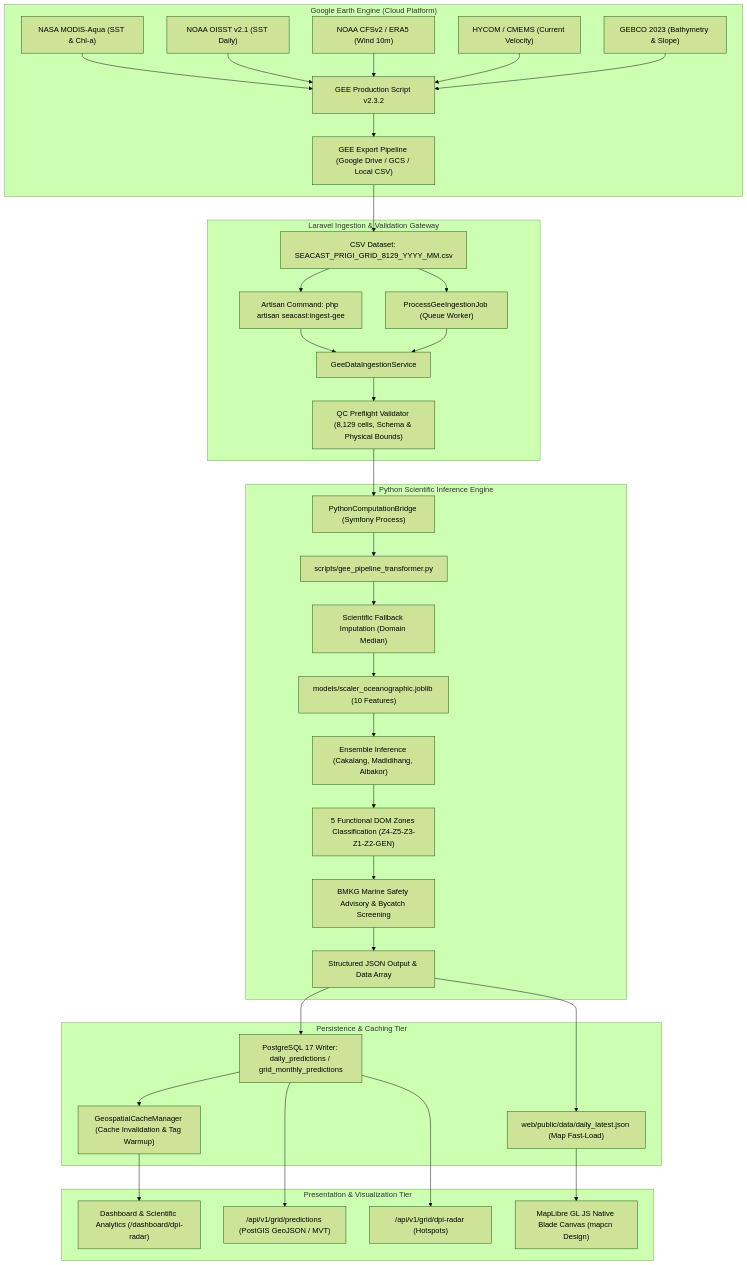
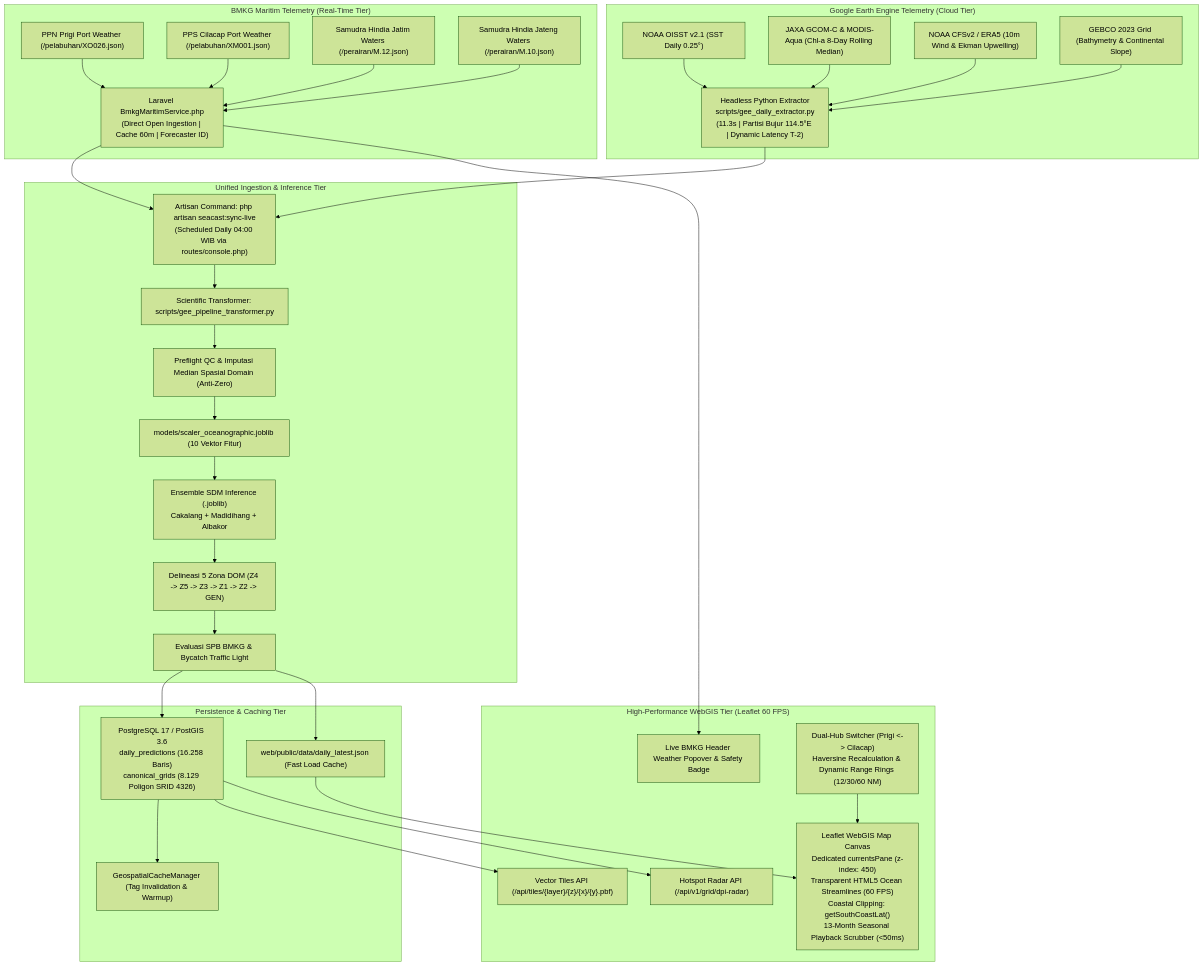
The diagram in docs/project/SEACAST_GEE_WEB_INTEGRATION_ARCHITECTURE.md (ZyrexR/seacast-wpp573), drawn with Mermaid (forest theme) before and after one commit. The commit also changed other lines of this file and 807 other files, not shown here.

````diff
--- a/docs/project/SEACAST_GEE_WEB_INTEGRATION_ARCHITECTURE.md
+++ b/docs/project/SEACAST_GEE_WEB_INTEGRATION_ARCHITECTURE.md
@@ -15,44 +18,45 @@
 ```mermaid
 flowchart TD
-    subgraph GEE ["Google Earth Engine (Cloud Platform)"]
-        A1["NASA MODIS-Aqua (SST & Chl-a)"] --> GEE_P["GEE Production Script v2.3.2"]
-        A2["NOAA OISST v2.1 (SST Daily)"] --> GEE_P
-        A3["NOAA CFSv2 / ERA5 (Wind 10m)"] --> GEE_P
-        A4["HYCOM / CMEMS (Current Velocity)"] --> GEE_P
-        A5["GEBCO 2023 (Bathymetry & Slope)"] --> GEE_P
-        GEE_P --> GEE_EXP["GEE Export Pipeline (Google Drive / GCS / Local CSV)"]
+    subgraph SATELLITE ["Google Earth Engine Telemetry (Cloud Tier)"]
+        S1["NOAA OISST v2.1 (SST Daily 0.25°)"]
+        S2["JAXA GCOM-C & MODIS-Aqua (Chl-a 8-Day Rolling Median)"]
+        S3["NOAA CFSv2 / ERA5 (10m Wind & Ekman Upwelling)"]
+        S4["GEBCO 2023 Grid (Bathymetry & Continental Slope)"]
+        
+        S1 & S2 & S3 & S4 --> EXTRACTOR["Headless Python Extractor<br/>scripts/gee_daily_extractor.py<br/>(11.3s | Partisi Bujur 114.5°E | Dynamic Latency T-2)"]
     end
 
-    subgraph INGEST ["Laravel Ingestion & Validation Gateway"]
-        GEE_EXP --> CSV_IN["CSV Dataset: SEACAST_PRIGI_GRID_8129_YYYY_MM.csv"]
-        CSV_IN --> ART_CMD["Artisan Command: php artisan seacast:ingest-gee"]
-        CSV_IN --> JOB_Q["ProcessGeeIngestionJob (Queue Worker)"]
-        ART_CMD --> SVC["GeeDataIngestionService"]
-        JOB_Q --> SVC
-        SVC --> VAL["QC Preflight Validator (8,129 cells, Schema & Physical Bounds)"]
+    subgraph METEOROLOGY ["BMKG Maritim Telemetry (Real-Time Tier)"]
+        B1["PPN Prigi Port Weather (/pelabuhan/XO026.json)"]
+        B2["PPS Cilacap Port Weather (/pelabuhan/XM001.json)"]
+        B3["Samudra Hindia Jatim Waters (/perairan/M.12.json)"]
+        B4["Samudra Hindia Jateng Waters (/perairan/M.10.json)"]
+        
+        B1 & B2 & B3 & B4 --> BMKG_SVC["Laravel BmkgMaritimService.php<br/>(Direct Open Ingestion | Cache 60m | Forecaster ID)"]
     end
 
-    subgraph PYTHON ["Python Scientific Inference Engine"]
-        VAL --> PY_BRIDGE["PythonComputationBridge (Symfony Process)"]
-        PY_BRIDGE --> PY_TRANS["scripts/gee_pipeline_transformer.py"]
-        PY_TRANS --> IMP["Scientific Fallback Imputation (Domain Median)"]
-        IMP --> SCL["models/scaler_oceanographic.joblib (10 Features)"]
-        SCL --> ENS["Ensemble Inference (Cakalang, Madidihang, Albakor)"]
-        ENS --> DOM["5 Functional DOM Zones Classification (Z4-Z5-Z3-Z1-Z2-GEN)"]
-        DOM --> SAF["BMKG Marine Safety Advisory & Bycatch Screening"]
-        SAF --> PY_OUT["Structured JSON Output & Data Array"]
+    subgraph ORCHESTRATION ["Unified Ingestion & Inference Tier"]
+        EXTRACTOR --> SYNC_CLI["Artisan Command: php artisan seacast:sync-live<br/>(Scheduled Daily 04:00 WIB via routes/console.php)"]
+        BMKG_SVC --> SYNC_CLI
+        SYNC_CLI --> TRANS["Scientific Transformer: scripts/gee_pipeline_transformer.py"]
+        TRANS --> QC["Preflight QC & Imputasi Median Spasial Domain (Anti-Zero)"]
+        QC --> SCL["models/scaler_oceanographic.joblib (10 Vektor Fitur)"]
+        SCL --> ENS["Ensemble SDM Inference (.joblib)<br/>Cakalang + Madidihang + Albakor"]
+        ENS --> DOM["Delineasi 5 Zona DOM (Z4 -> Z5 -> Z3 -> Z1 -> Z2 -> GEN)"]
+        DOM --> SAF["Evaluasi SPB BMKG & Bycatch Traffic Light"]
     end
 
     subgraph STORAGE ["Persistence & Caching Tier"]
-        PY_OUT --> PG_WRITE["PostgreSQL 17 Writer: daily_predictions / grid_monthly_predictions"]
-        PY_OUT --> JSON_CACHE["web/public/data/daily_latest.json (Map Fast-Load)"]
-        PG_WRITE --> CACHE_MGR["GeospatialCacheManager (Cache Invalidation & Tag Warmup)"]
+        SAF --> PG_WRITE["PostgreSQL 17 / PostGIS 3.6<br/>daily_predictions (16.258 Baris)<br/>canonical_grids (8.129 Poligon SRID 4326)"]
+        SAF --> JSON_FAST["web/public/data/daily_latest.json (Fast Load Cache)"]
+        PG_WRITE --> CACHE_MGR["GeospatialCacheManager (Tag Invalidation & Warmup)"]
     end
 
-    subgraph WEB ["Presentation & Visualization Tier"]
-        PG_WRITE --> API_GRID["/api/v1/grid/predictions (PostGIS GeoJSON / MVT)"]
-        PG_WRITE --> API_RADAR["/api/v1/grid/dpi-radar (Hotspots)"]
-        JSON_CACHE --> MAPLIBRE["MapLibre GL JS Native Blade Canvas (mapcn Design)"]
-        CACHE_MGR --> DASH["Dashboard & Scientific Analytics (/dashboard/dpi-radar)"]
+    subgraph PRESENTATION ["High-Performance WebGIS Tier (Leaflet 60 FPS)"]
+        PG_WRITE --> API_MVT["Vector Tiles API (/api/tiles/{layer}/{z}/{x}/{y}.pbf)"]
+        PG_WRITE --> API_RADAR["Hotspot Radar API (/api/v1/grid/dpi-radar)"]
+        JSON_FAST --> WEBGIS["Leaflet WebGIS Map Canvas<br/>Dedicated currentsPane (z-index: 450)<br/>Transparent HTML5 Ocean Streamlines (60 FPS)<br/>Coastal Clipping: getSouthCoastLat()<br/>13-Month Seasonal Playback Scrubber (&lt;50ms)"]
+        BMKG_SVC --> HEADER_POP["Live BMKG Header Weather Popover & Safety Badge"]
+        CORRIDOR["Dual-Hub Switcher (Prigi &lt;-&gt; Cilacap)<br/>Haversine Recalculation & Dynamic Range Rings (12/30/60 NM)"] --> WEBGIS
     end
 ```
````
